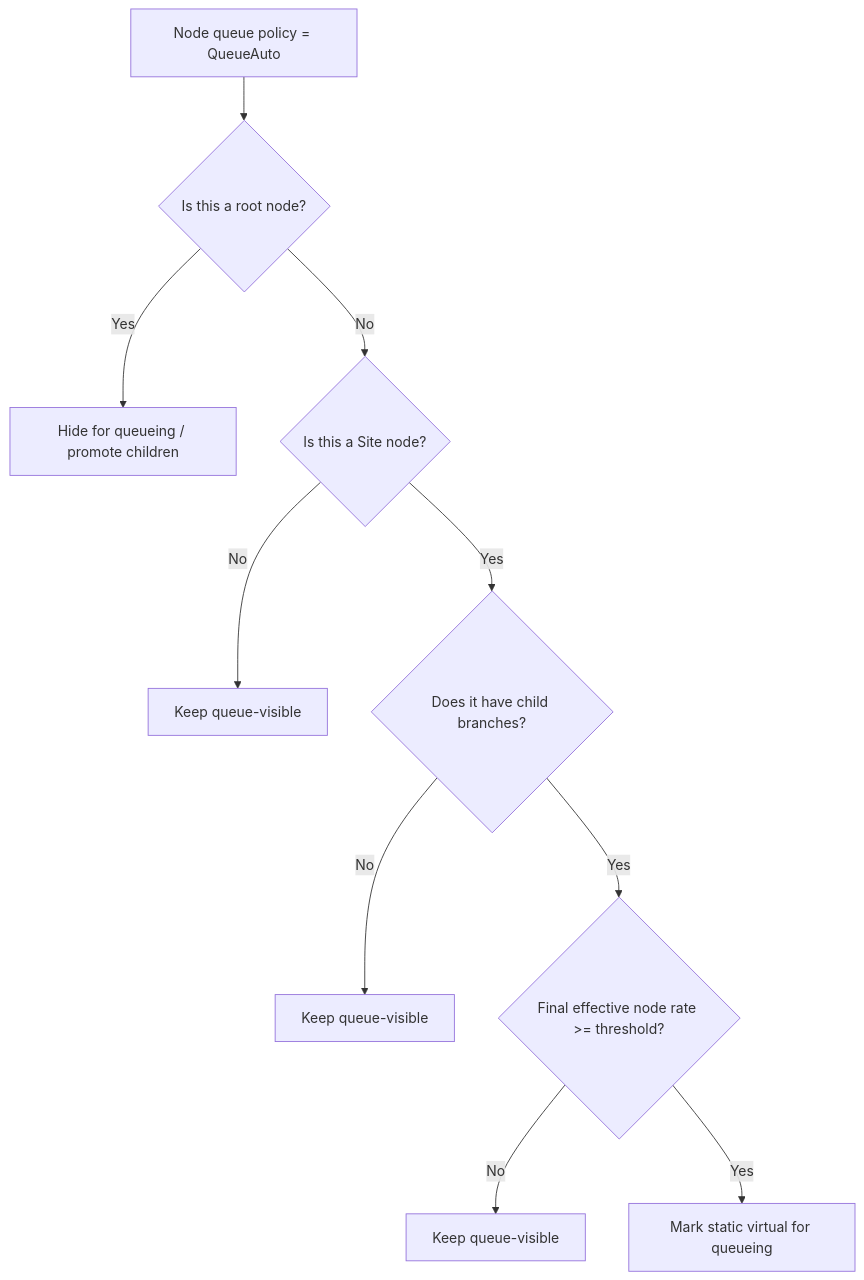
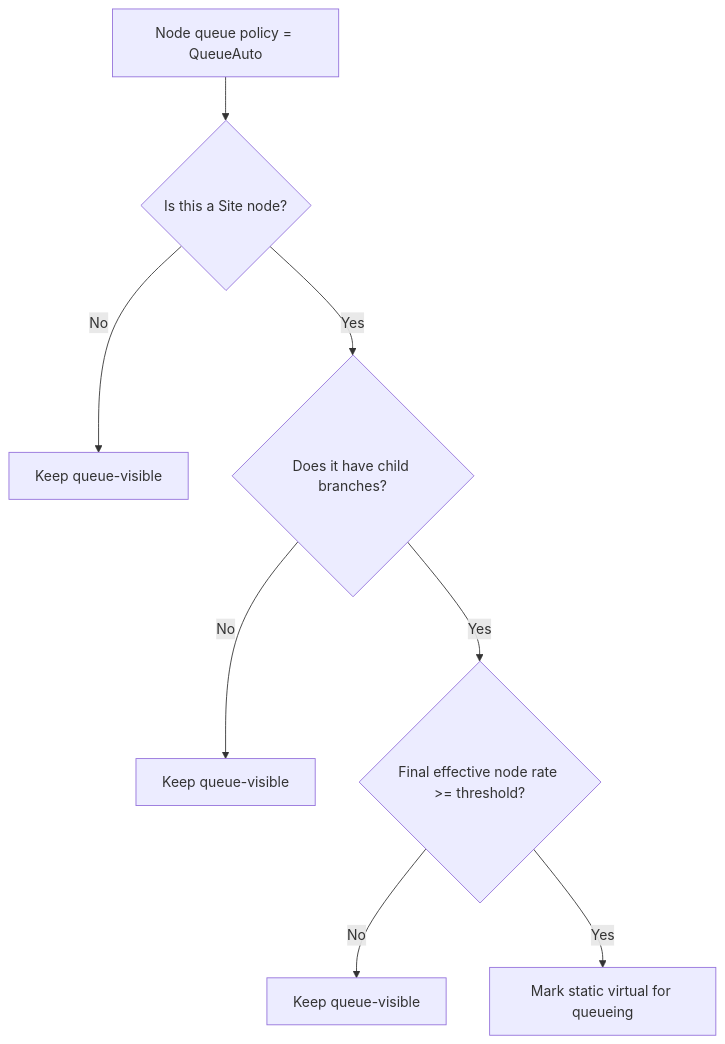
The first of 6 diagrams in docs/v2.0/configuration-advanced.md (LibreQoE/LibreQoS), drawn with Mermaid before and after one commit. The commit also changed other lines of this file and 1 other file, not shown here.

````diff
--- a/docs/v2.0/configuration-advanced.md
+++ b/docs/v2.0/configuration-advanced.md
@@ -121,12 +121,10 @@
 ```{mermaid}
 flowchart TD
-    A[Node queue policy = QueueAuto] --> B{Is this a root node?}
-    B -->|Yes| C[Hide for queueing / promote children]
-    B -->|No| D{Is this a Site node?}
+    A[Node queue policy = QueueAuto] --> B{Is this a Site node?}
+    B -->|No| C[Keep queue-visible]
+    B -->|Yes| D{Does it have child branches?}
     D -->|No| E[Keep queue-visible]
-    D -->|Yes| F{Does it have child branches?}
+    D -->|Yes| F{Final effective node rate >= threshold?}
     F -->|No| G[Keep queue-visible]
-    F -->|Yes| H{Final effective node rate >= threshold?}
-    H -->|No| I[Keep queue-visible]
-    H -->|Yes| J[Mark static virtual for queueing]
+    F -->|Yes| H[Mark static virtual for queueing]
 ```
````
